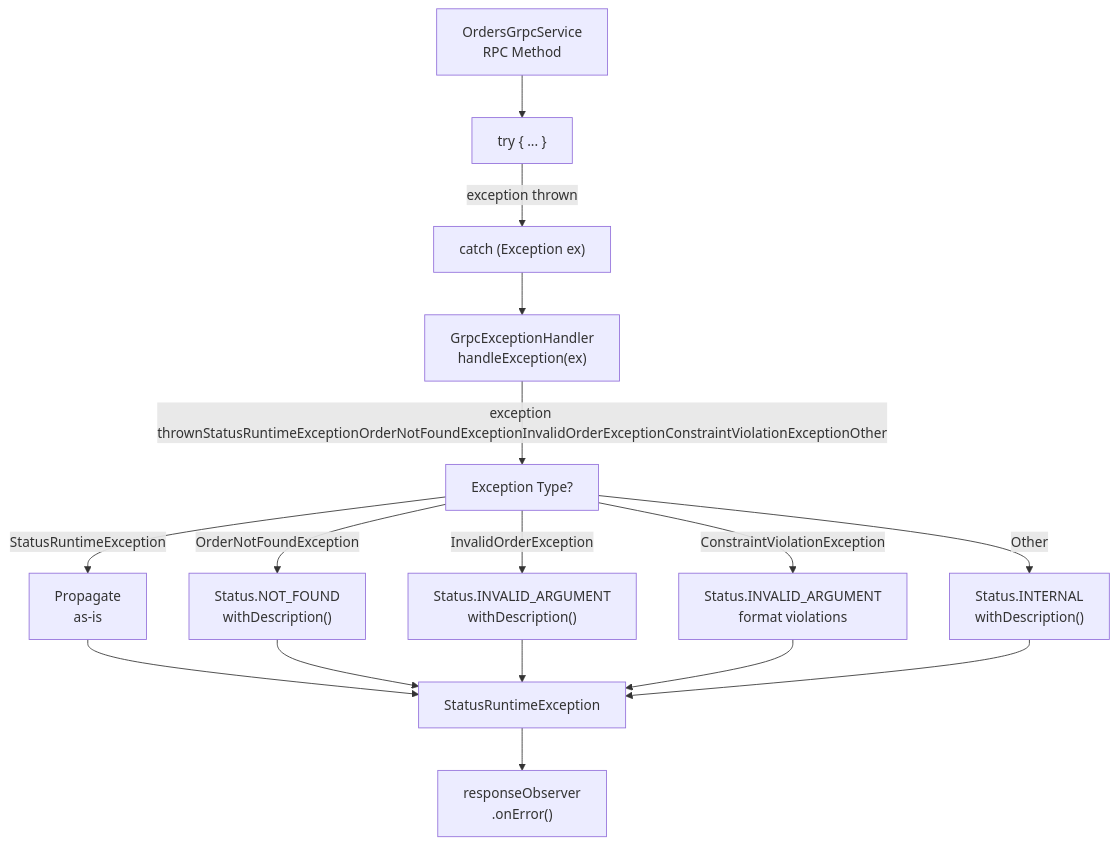
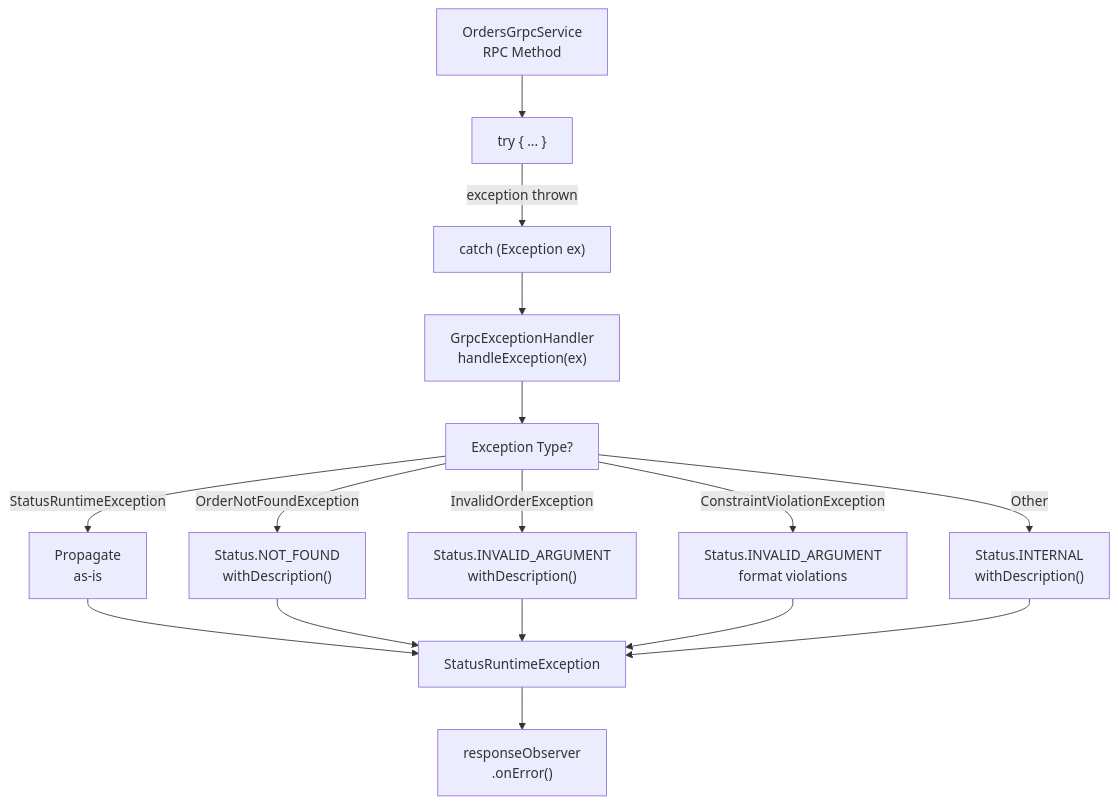
One commit to philipz/spring-modular-monolith changed the sixth of 11 diagrams in docs/deepwiki/gRPC-Infrastructure.md. Above: the diagram before and after it, drawn with Mermaid. The commit also changed other lines of this file and 32 other files, not shown here.

````diff
--- a/docs/deepwiki/gRPC-Infrastructure.md
+++ b/docs/deepwiki/gRPC-Infrastructure.md
@@ -391,32 +391,32 @@
 ```mermaid
 flowchart TD
 
 ServiceMethod["OrdersGrpcService<br>RPC Method"]
 TryBlock["try { ... }"]
 CatchBlock["catch (Exception ex)"]
 Handler["GrpcExceptionHandler<br>handleException(ex)"]
 CheckType["Exception Type?"]
 Propagate["Propagate<br>as-is"]
 NotFound["Status.NOT_FOUND<br>withDescription()"]
 InvalidArg["Status.INVALID_ARGUMENT<br>withDescription()"]
 Validation["Status.INVALID_ARGUMENT<br>format violations"]
 Internal["Status.INTERNAL<br>withDescription()"]
 Return["StatusRuntimeException"]
 ResponseObserver["responseObserver<br>.onError()"]
 
 ServiceMethod --> TryBlock
 TryBlock -->|"exception thrown"| CatchBlock
 CatchBlock --> Handler
-Handler -->|"exception thrownStatusRuntimeExceptionOrderNotFoundExceptionInvalidOrderExceptionConstraintViolationExceptionOther"| CheckType
+Handler --> CheckType
 CheckType -->|"StatusRuntimeException"| Propagate
 CheckType -->|"OrderNotFoundException"| NotFound
 CheckType -->|"InvalidOrderException"| InvalidArg
 CheckType -->|"ConstraintViolationException"| Validation
 CheckType -->|"Other"| Internal
 Propagate --> Return
 NotFound --> Return
 InvalidArg --> Return
 Validation --> Return
 Internal --> Return
 Return --> ResponseObserver
 ```
````
